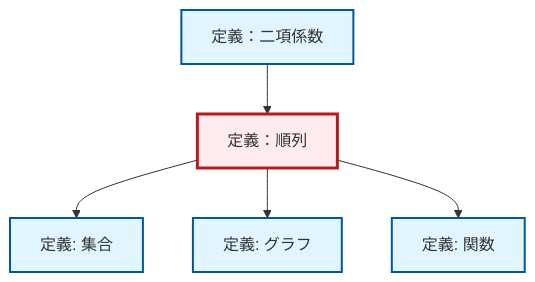
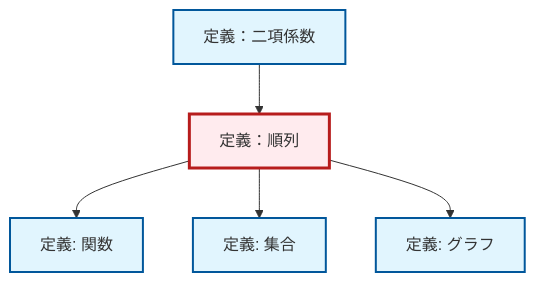
One commit to RK0429/ModernMath changed the diagram in content/ja/combinatorics/def-permutation.qmd. Above: the diagram before and after it, drawn with Mermaid. The commit also changed other lines of this file and 1012 other files, not shown here.

````diff
--- a/content/ja/combinatorics/def-permutation.qmd
+++ b/content/ja/combinatorics/def-permutation.qmd
@@ -54,23 +54,23 @@
 ```{mermaid}
 %%| fig-cap: "Local dependency graph"
 graph TD
     classDef definition fill:#e1f5fe,stroke:#01579b,stroke-width:2px
     classDef theorem fill:#f3e5f5,stroke:#4a148c,stroke-width:2px
     classDef axiom fill:#fff3e0,stroke:#e65100,stroke-width:2px
     classDef example fill:#e8f5e9,stroke:#1b5e20,stroke-width:2px
     classDef current fill:#ffebee,stroke:#b71c1c,stroke-width:3px
-    def-graph["定義: グラフ"]:::definition
     def-set["定義: 集合"]:::definition
-    def-function["定義: 関数"]:::definition
     def-binomial-coefficient["定義：二項係数"]:::definition
     def-permutation["定義：順列"]:::definition
+    def-graph["定義: グラフ"]:::definition
+    def-function["定義: 関数"]:::definition
+    def-permutation --> def-function
+    def-binomial-coefficient --> def-permutation
     def-permutation --> def-set
     def-permutation --> def-graph
-    def-permutation --> def-function
-    def-binomial-coefficient --> def-permutation
     class def-permutation current
+    click def-set "def-set.html" "集合の定義へ"
+    click def-binomial-coefficient "def-binomial-coefficient.html" "定義：二項係数へ"
     click def-graph "def-graph.html" "グラフの定義へ"
-    click def-set "def-set.html" "集合の定義へ"
     click def-function "def-function.html" "関数の定義へ"
-    click def-binomial-coefficient "def-binomial-coefficient.html" "定義：二項係数へ"
 ```
````
